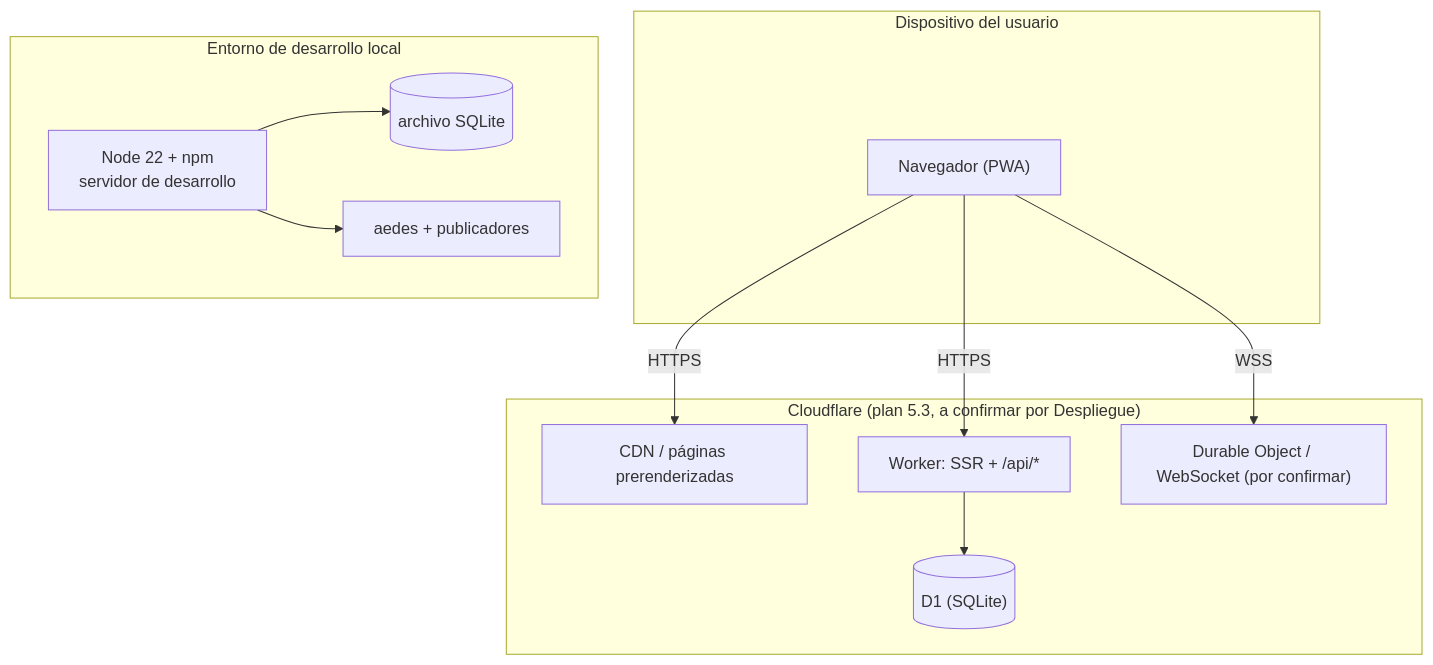
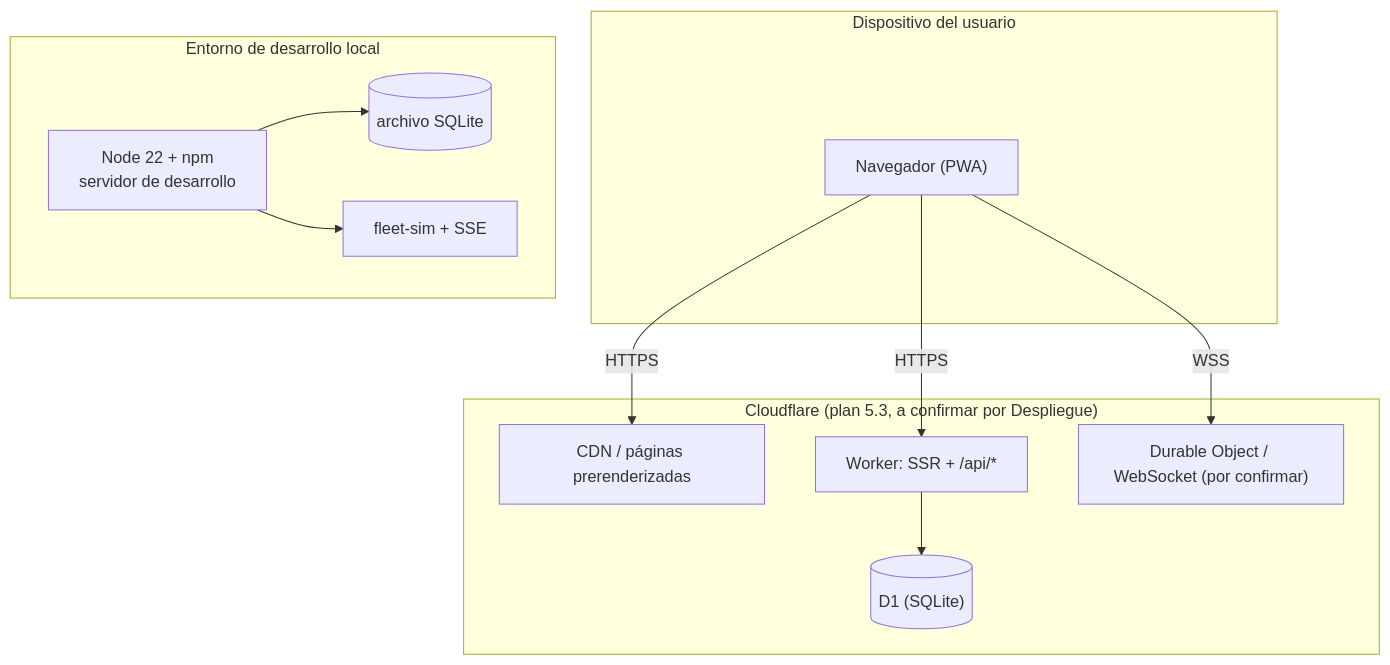
One commit to Joserraldo/urban-mobility-hub changed the diagram in entregables/diseno/mmd/09-despliegue.mmd. Above: the diagram before and after it, drawn with Mermaid. The commit also changed 2 other files, not shown here.

Commit message:
docs: corrige desfase MQTT/aedes y documenta vistas UML
El sistema real usa fleet-sim + SSE, no un broker MQTT/aedes. Se corrige
el nodo del diagrama de despliegue Mermaid (09), se anota en
gcs/despliegue.md que el texto sobre aedes es historico, y el manual
tecnico enlaza las nuevas vistas UML e indica como regenerarlas
(requiere Java y plantuml.jar, ignorado por git).

```diff
--- a/entregables/diseno/mmd/09-despliegue.mmd
+++ b/entregables/diseno/mmd/09-despliegue.mmd
@@ -1,21 +1,21 @@
 flowchart TB
   subgraph CLI["Dispositivo del usuario"]
     BR["Navegador (PWA)"]
   end
   subgraph EDGE["Cloudflare (plan 5.3, a confirmar por Despliegue)"]
     CDN["CDN / páginas prerenderizadas"]
     WK["Worker: SSR + /api/*"]
     D1[("D1 (SQLite)")]
     DO["Durable Object / WebSocket (por confirmar)"]
   end
   subgraph LAB["Entorno de desarrollo local"]
     NODE["Node 22 + npm<br/>servidor de desarrollo"]
     SQLF[("archivo SQLite")]
-    AED["aedes + publicadores"]
+    AED["fleet-sim + SSE"]
   end
   BR -- HTTPS --> CDN
   BR -- HTTPS --> WK
   BR -- WSS --> DO
   WK --> D1
   NODE --> SQLF
   NODE --> AED
```
